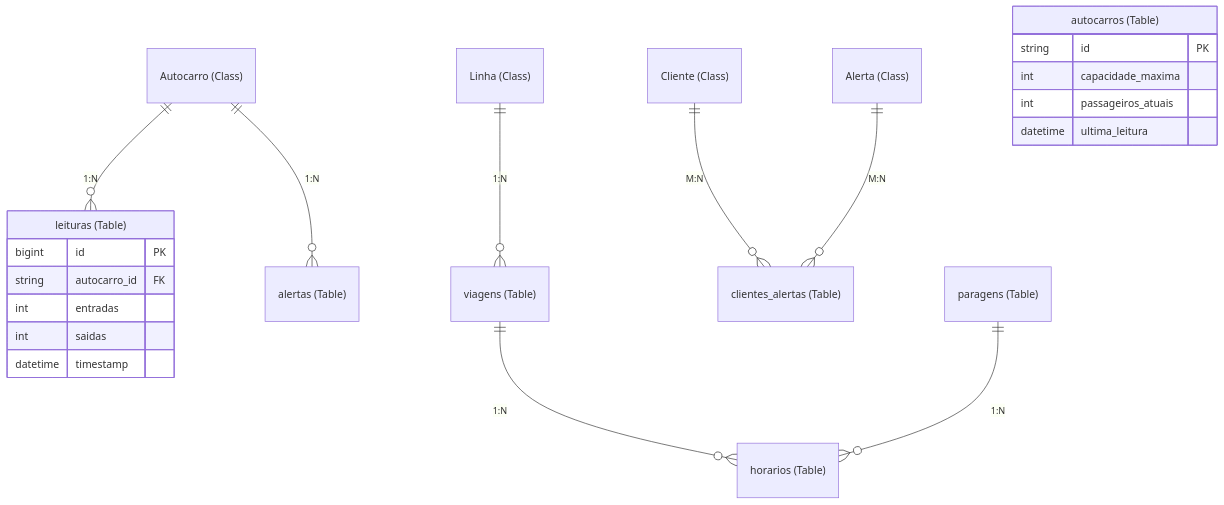
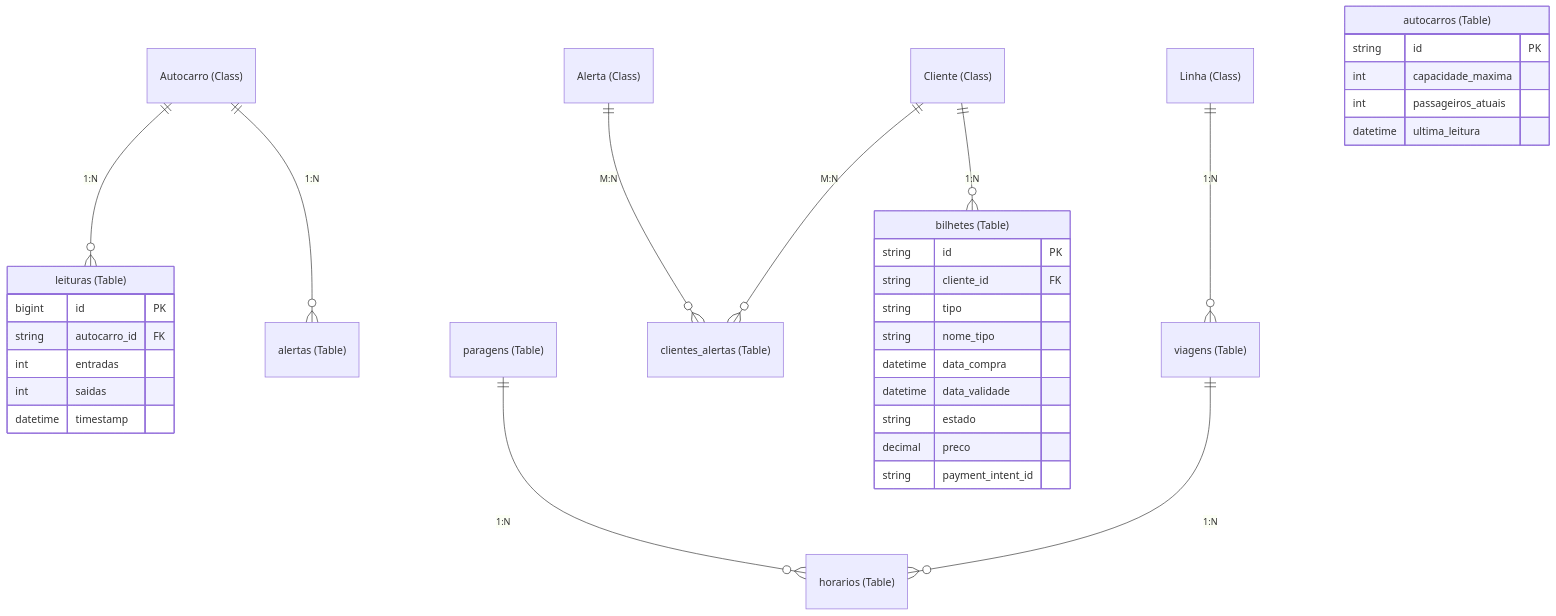
One commit to afonso4machado-a11y/pgu-tub-dai changed the second of 2 diagrams in Wiki/07-Camada-de-Dados.md. Above: the diagram before and after it, drawn with Mermaid. The commit also changed other lines of this file and 5 other files, not shown here.

Commit message:
Update Wiki with new Stripe payment architecture

````diff
--- a/Wiki/07-Camada-de-Dados.md
+++ b/Wiki/07-Camada-de-Dados.md
@@ -89,24 +91,36 @@
 ```mermaid
 erDiagram
     "Autocarro (Class)" ||--o{ "leituras (Table)" : "1:N"
     "Autocarro (Class)" ||--o{ "alertas (Table)" : "1:N"
     "Linha (Class)" ||--o{ "viagens (Table)" : "1:N"
     "Cliente (Class)" ||--o{ "clientes_alertas (Table)" : "M:N"
     "Alerta (Class)" ||--o{ "clientes_alertas (Table)" : "M:N"
+    "Cliente (Class)" ||--o{ "bilhetes (Table)" : "1:N"
     "viagens (Table)" ||--o{ "horarios (Table)" : "1:N"
     "paragens (Table)" ||--o{ "horarios (Table)" : "1:N"
 
     "autocarros (Table)" {
         string id PK
         int capacidade_maxima
         int passageiros_atuais
         datetime ultima_leitura
     }
     "leituras (Table)" {
         bigint id PK
         string autocarro_id FK
         int entradas
         int saidas
         datetime timestamp
     }
+    "bilhetes (Table)" {
+        string id PK
+        string cliente_id FK
+        string tipo
+        string nome_tipo
+        datetime data_compra
+        datetime data_validade
+        string estado
+        decimal preco
+        string payment_intent_id
+    }
 ```
````
